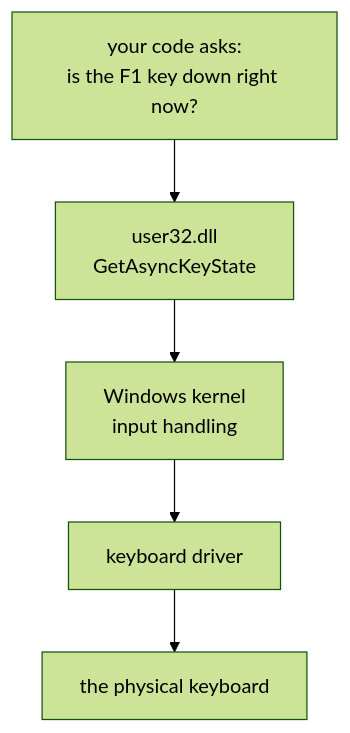
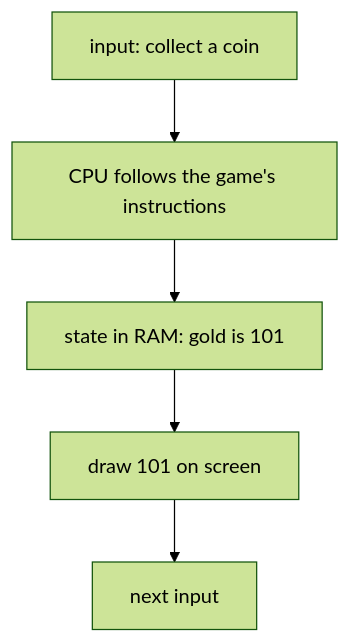
Before and after one commit to MustCodeAl/rust-game-hacking-book: the third of 3 diagrams in site/src/content/docs/pages/1/02.mdx, drawn with Mermaid (forest theme). The commit also changed other lines of this file and 20 other files, not shown here.

````diff
--- a/site/src/content/docs/pages/1/02.mdx
+++ b/site/src/content/docs/pages/1/02.mdx
@@ -217,7 +220,7 @@
 ```mermaid
 flowchart TD
-    A["your code asks:<br/>is the F1 key down right now?"] --> B["user32.dll<br/>GetAsyncKeyState"]
-    B --> C["Windows kernel<br/>input handling"]
-    C --> D["keyboard driver"]
-    D --> E["the physical keyboard"]
+    Input["input: collect a coin"] --> CPU["CPU follows the game's instructions"]
+    CPU --> State["state in RAM: gold is 101"]
+    State --> Screen["draw 101 on screen"]
+    Screen --> Next["next input"]
 ```
````
